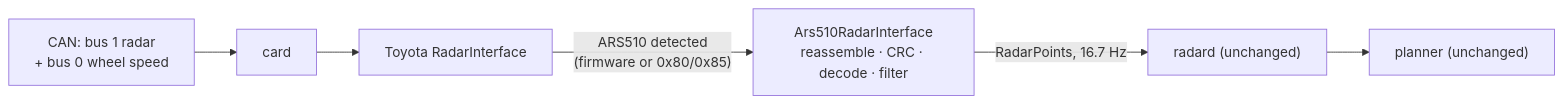
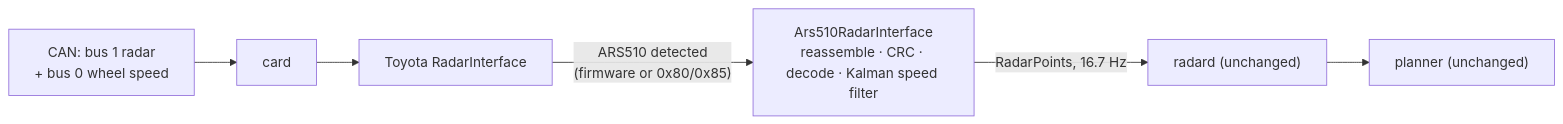
The diagram in README.md (ds-sebastian/ars510-radar), drawn with Mermaid before and after one commit. The commit also changed other lines of this file and 59 other files, not shown here.

First line of the commit message:
release 2.0.0: Kalman-only radar parser (fork build + openpilot version) (#55)

````diff
--- a/README.md
+++ b/README.md
@@ -101,6 +132,6 @@
 ```mermaid
 flowchart LR
     CAN["CAN: bus 1 radar<br/>+ bus 0 wheel speed"] --> card --> RI["Toyota RadarInterface"]
-    RI -- "ARS510 detected<br/>(firmware or 0x80/0x85)" --> A["Ars510RadarInterface<br/>reassemble · CRC · decode · filter"]
+    RI -- "ARS510 detected<br/>(firmware or 0x80/0x85)" --> A["Ars510RadarInterface<br/>reassemble · CRC · decode · Kalman speed filter"]
     A -- "RadarPoints, 16.7 Hz" --> radard["radard (unchanged)"] --> planner["planner (unchanged)"]
 ```
````
